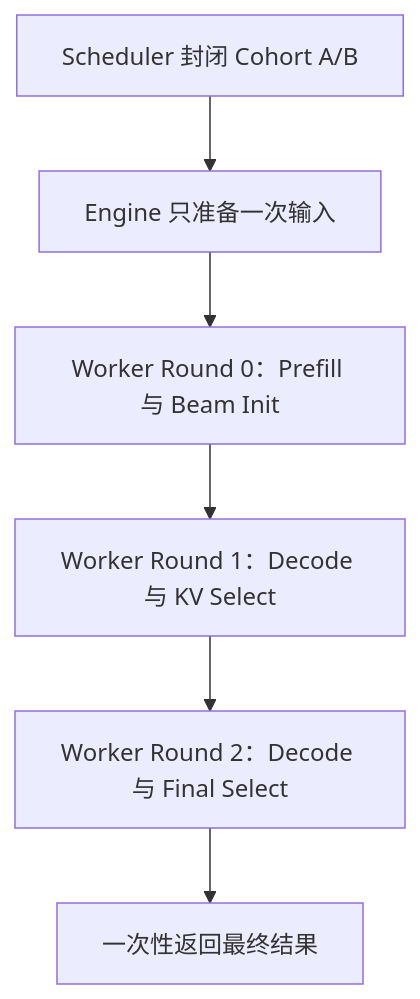
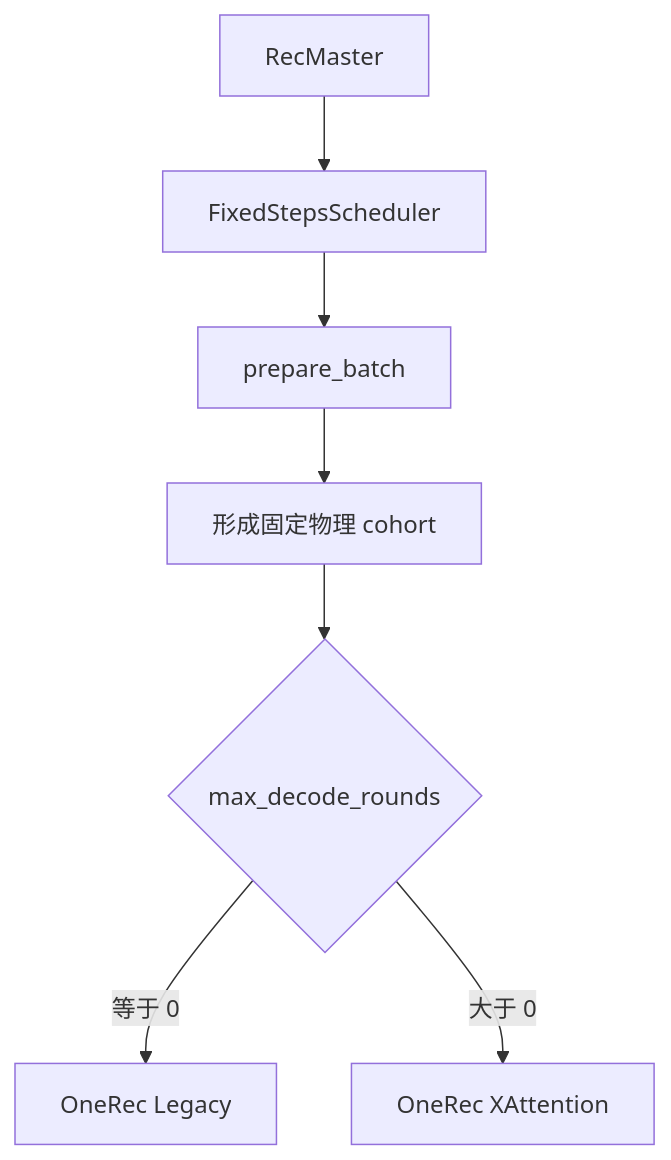
One commit to zhanghanleo10/gr-related changed the fourth of 13 diagrams in GR/nearline_batch_scheduler_and_input_protocol_design.md. Above: the diagram before and after it, drawn with Mermaid. The commit also changed other lines of this file, not shown here.

Commit message:
Reorganize scheduler analysis around vLLM NVIDIA and xLLM

````diff
--- a/GR/nearline_batch_scheduler_and_input_protocol_design.md
+++ b/GR/nearline_batch_scheduler_and_input_protocol_design.md
@@ -273,8 +174,9 @@
 ```mermaid
 flowchart TD
-    A["Scheduler 封闭 Cohort A/B"] --> B["Engine 只准备一次输入"]
-    B --> C["Worker Round 0：Prefill 与 Beam Init"]
-    C --> D["Worker Round 1：Decode 与 KV Select"]
-    D --> E["Worker Round 2：Decode 与 Final Select"]
-    E --> F["一次性返回最终结果"]
+    A["RecMaster"] --> B["FixedStepsScheduler"]
+    B --> C["prepare_batch"]
+    C --> D["形成固定物理 cohort"]
+    D --> E{"max_decode_rounds"}
+    E -->|"等于 0"| L["OneRec Legacy"]
+    E -->|"大于 0"| X["OneRec XAttention"]
 ```
````
